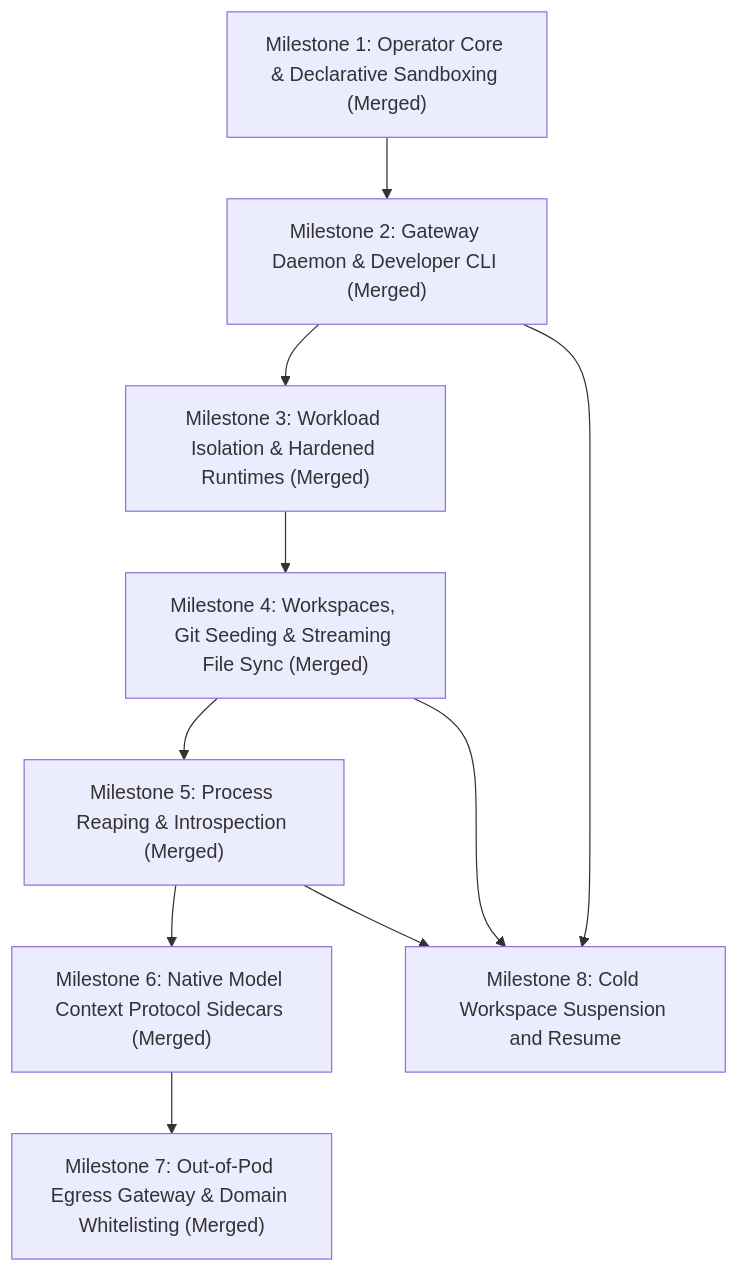
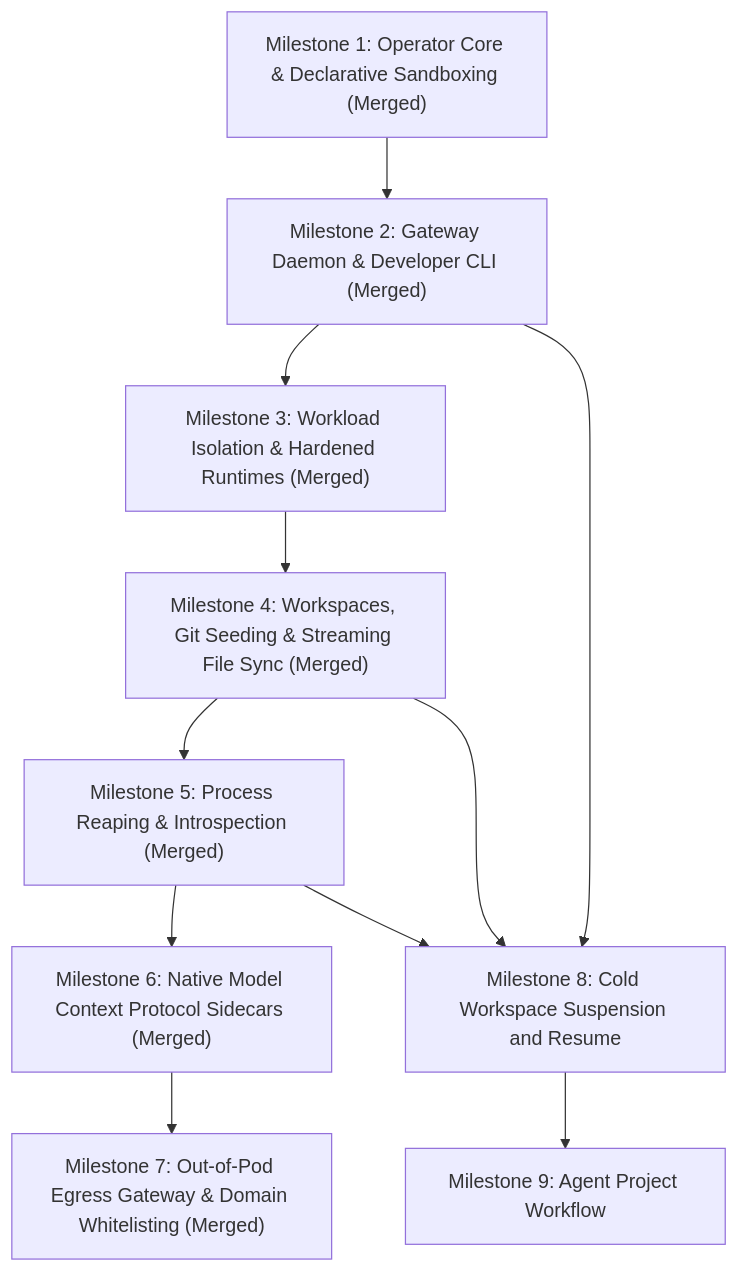
The second of 2 diagrams in docs/roadmap.md (hoangndst/buddy-sandboxes), drawn with Mermaid before and after one commit. The commit also changed other lines of this file and 59 other files, not shown here.

````diff
--- a/docs/roadmap.md
+++ b/docs/roadmap.md
@@ -62,12 +62,13 @@
 ```mermaid
 flowchart TD
     M1["Milestone 1: Operator Core & Declarative Sandboxing (Merged)"] --> M2["Milestone 2: Gateway Daemon & Developer CLI (Merged)"]
     M2 --> M3["Milestone 3: Workload Isolation & Hardened Runtimes (Merged)"]
     M3 --> M4["Milestone 4: Workspaces, Git Seeding & Streaming File Sync (Merged)"]
     M4 --> M5["Milestone 5: Process Reaping & Introspection (Merged)"]
     M5 --> M6["Milestone 6: Native Model Context Protocol Sidecars (Merged)"]
     M6 --> M7["Milestone 7: Out-of-Pod Egress Gateway & Domain Whitelisting (Merged)"]
     M2 --> M8["Milestone 8: Cold Workspace Suspension and Resume"]
+    M8 --> M9["Milestone 9: Agent Project Workflow"]
     M4 --> M8
     M5 --> M8
 ```
````
